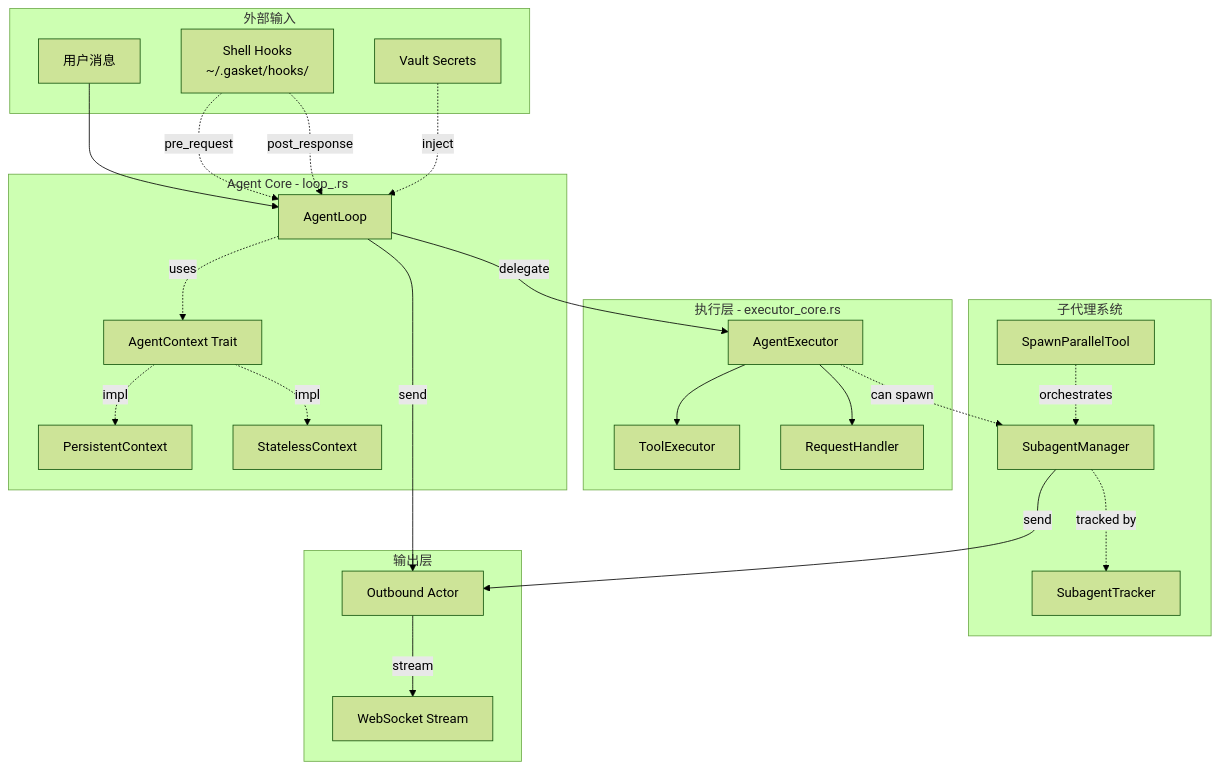
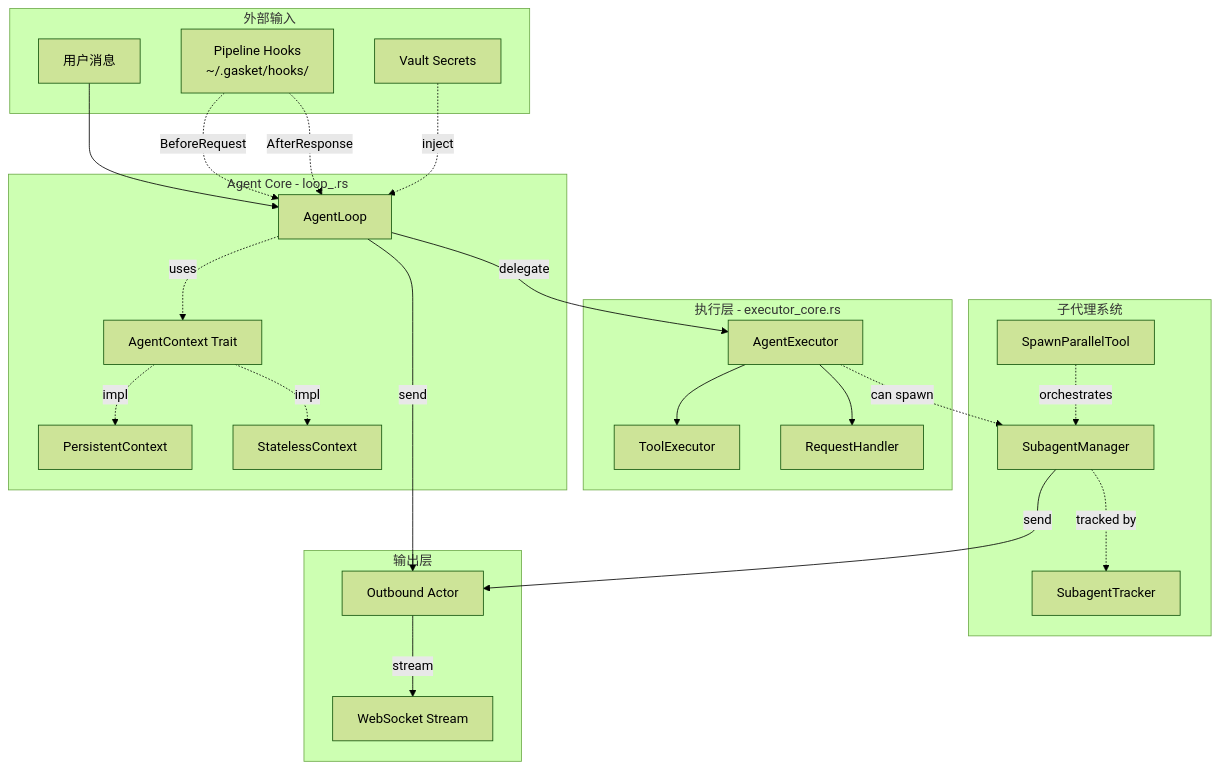
Before and after one commit to yeheng/nanobot-rs: the first of 4 diagrams in docs/agent_flow.md, drawn with Mermaid (forest theme). The commit also changed other lines of this file and 15 other files, not shown here.

````diff
--- a/docs/agent_flow.md
+++ b/docs/agent_flow.md
@@ -7,53 +9,53 @@
 ```mermaid
 flowchart TB
     subgraph External["外部输入"]
         User[用户消息]
-        Hook[Shell Hooks<br/>~/.gasket/hooks/]
+        Hook[Pipeline Hooks<br/>~/.gasket/hooks/]
         Vault[Vault Secrets]
     end
 
     subgraph AgentCore["Agent Core - loop_.rs"]
         AL[AgentLoop]
         AC[AgentContext Trait]
         PC[PersistentContext]
         SC[StatelessContext]
     end
 
     subgraph Execution["执行层 - executor_core.rs"]
         AE[AgentExecutor]
         TE[ToolExecutor]
         RH[RequestHandler]
     end
 
     subgraph Subagent["子代理系统"]
         SM[SubagentManager]
         ST[SubagentTracker]
         SPT[SpawnParallelTool]
     end
 
     subgraph Output["输出层"]
         OB[Outbound Actor]
         WS[WebSocket Stream]
     end
 
     User --> AL
-    Hook -.->|pre_request| AL
-    Hook -.->|post_response| AL
+    Hook -.->|BeforeRequest| AL
+    Hook -.->|AfterResponse| AL
     Vault -.->|inject| AL
 
     AL -->|delegate| AE
     AE --> TE
     AE --> RH
 
     AL -.->|uses| AC
     AC -.->|impl| PC
     AC -.->|impl| SC
 
     AE -.->|can spawn| SM
     SM -.->|tracked by| ST
     SPT -.->|orchestrates| SM
 
     AL -->|send| OB
     SM -->|send| OB
     OB -->|stream| WS
 ```
````
